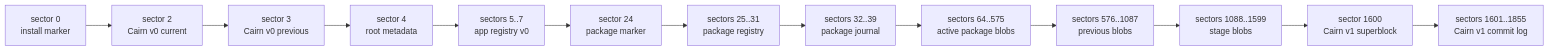
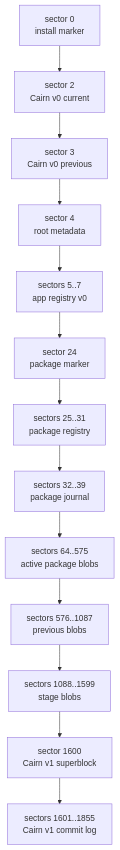
Before and after one commit to alisalimi77/Dezh: the eighth of 12 diagrams in docs/ARCHITECTURE.md, drawn with Mermaid. The commit also changed other lines of this file and 1 other file, not shown here.

First paragraph of the commit message:
docs: give the mermaid diagrams one vocabulary, and pin CI to least privilege
ARCHITECTURE.md carries twelve mermaid diagrams that had grown apart:

````diff
--- a/docs/ARCHITECTURE.md
+++ b/docs/ARCHITECTURE.md
@@ -555,15 +564,15 @@
 ```mermaid
-flowchart LR
-    S0["sector 0\ninstall marker"] --> S2["sector 2\nCairn v0 current"]
-    S2 --> S3["sector 3\nCairn v0 previous"]
-    S3 --> S4["sector 4\nroot metadata"]
-    S4 --> S5["sectors 5..7\napp registry v0"]
-    S5 --> S24["sector 24\npackage marker"]
-    S24 --> S25["sectors 25..31\npackage registry"]
-    S25 --> S32["sectors 32..39\npackage journal"]
-    S32 --> S64["sectors 64..575\nactive package blobs"]
-    S64 --> P["sectors 576..1087\nprevious blobs"]
-    P --> ST["sectors 1088..1599\nstage blobs"]
-    ST --> C1["sector 1600\nCairn v1 superblock"]
-    C1 --> C2["sectors 1601..1855\nCairn v1 commit log"]
+flowchart TB
+    S0["sector 0<br/>install marker"] --> S2["sector 2<br/>Cairn v0 current"]
+    S2 --> S3["sector 3<br/>Cairn v0 previous"]
+    S3 --> S4["sector 4<br/>root metadata"]
+    S4 --> S5["sectors 5..7<br/>app registry v0"]
+    S5 --> S24["sector 24<br/>package marker"]
+    S24 --> S25["sectors 25..31<br/>package registry"]
+    S25 --> S32["sectors 32..39<br/>package journal"]
+    S32 --> S64["sectors 64..575<br/>active package blobs"]
+    S64 --> P["sectors 576..1087<br/>previous blobs"]
+    P --> ST["sectors 1088..1599<br/>stage blobs"]
+    ST --> C1["sector 1600<br/>Cairn v1 superblock"]
+    C1 --> C2["sectors 1601..1855<br/>Cairn v1 commit log"]
 ```
````
